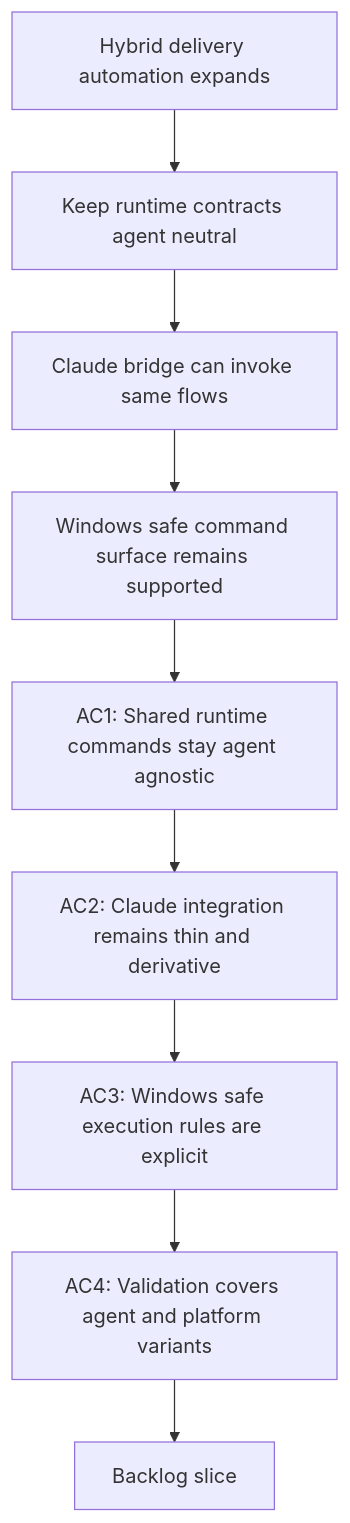
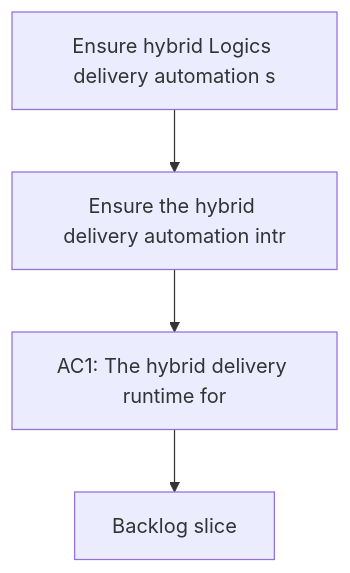
Before and after one commit to AlexAgo83/logics-manager: the diagram in logics/request/req_091_ensure_hybrid_logics_delivery_automation_stays_compatible_with_claude_environments_and_windows_runtimes.md, drawn with Mermaid. The commit also changed 481 other files, not shown here.

````diff
--- a/logics/request/req_091_ensure_hybrid_logics_delivery_automation_stays_compatible_with_claude_environments_and_windows_runtimes.md
+++ b/logics/request/req_091_ensure_hybrid_logics_delivery_automation_stays_compatible_with_claude_environments_and_windows_runtimes.md
@@ -37,13 +37,8 @@
 ```mermaid
 %% logics-kind: request
 %% logics-signature: request|ensure-hybrid-logics-delivery-automation|ensure-the-hybrid-delivery-automation-in|ac1-the-hybrid-delivery-runtime-for
 flowchart TD
-    Trigger[Hybrid delivery automation expands] --> Neutrality[Keep runtime contracts agent neutral]
-    Neutrality --> Claude[Claude bridge can invoke same flows]
-    Claude --> Windows[Windows safe command surface remains supported]
-    Windows --> AC1[AC1: Shared runtime commands stay agent agnostic]
-    AC1 --> AC2[AC2: Claude integration remains thin and derivative]
-    AC2 --> AC3[AC3: Windows safe execution rules are explicit]
-    AC3 --> AC4[AC4: Validation covers agent and platform variants]
-    AC4 --> Backlog[Backlog slice]
+    Trigger[Ensure hybrid Logics delivery automation s] --> Need[Ensure the hybrid delivery automation intr]
+    Need --> Outcome[AC1: The hybrid delivery runtime for]
+    Outcome --> Backlog[Backlog slice]
 ```
````
